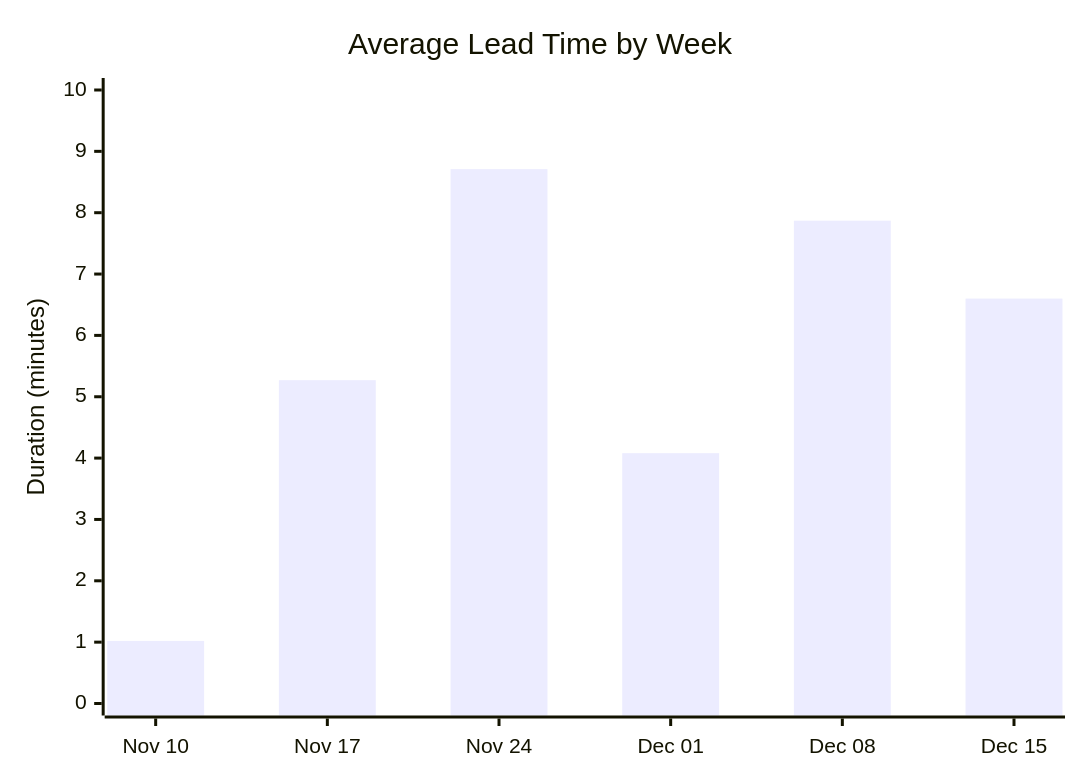
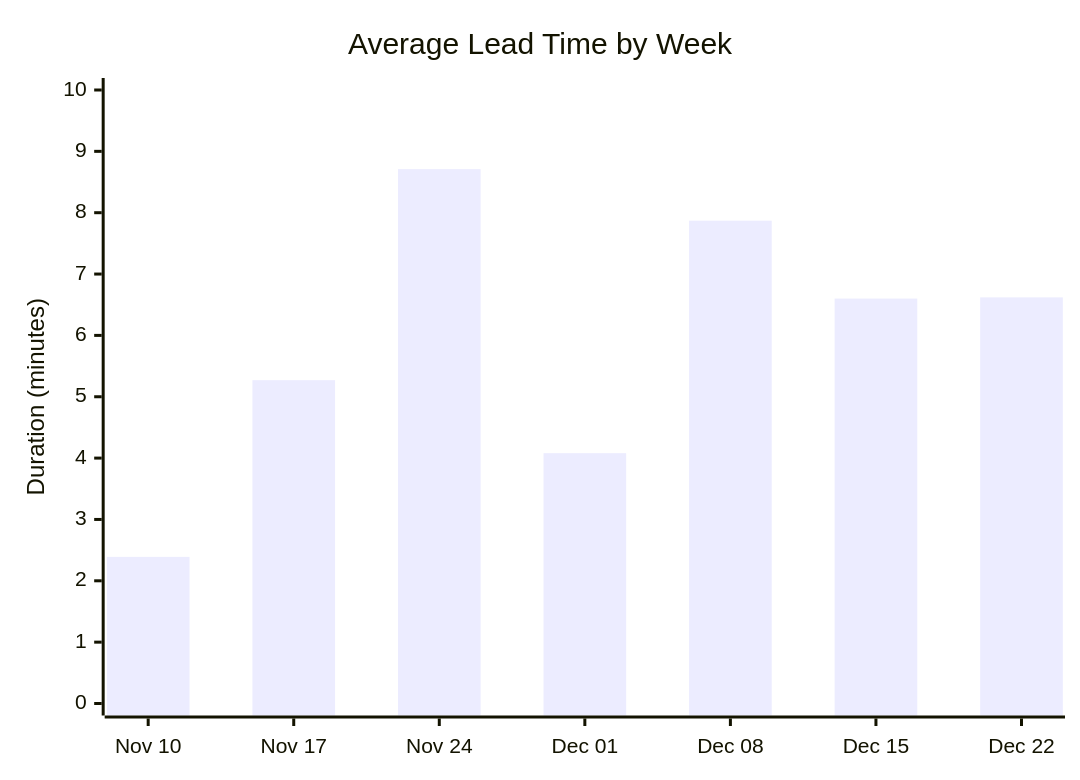
The second of 4 diagrams in docs/ci-cd/dora-summary.md (ukma-cs-ssdm-2025/rate-ukma), drawn with Mermaid before and after one commit. The commit also changed other lines of this file, not shown here.

````diff
--- a/docs/ci-cd/dora-summary.md
+++ b/docs/ci-cd/dora-summary.md
@@ -29,7 +29,7 @@
 ```mermaid
 xychart-beta
     title "Average Lead Time by Week"
-    x-axis ["Nov 10", "Nov 17", "Nov 24", "Dec 01", "Dec 08", "Dec 15"]
+    x-axis ["Nov 10", "Nov 17", "Nov 24", "Dec 01", "Dec 08", "Dec 15", "Dec 22"]
     y-axis "Duration (minutes)" 0 --> 10
-    bar [1.02, 5.27, 8.71, 4.08, 7.87, 6.60]
+    bar [2.39, 5.27, 8.71, 4.08, 7.87, 6.60, 6.62]
 ```
````
